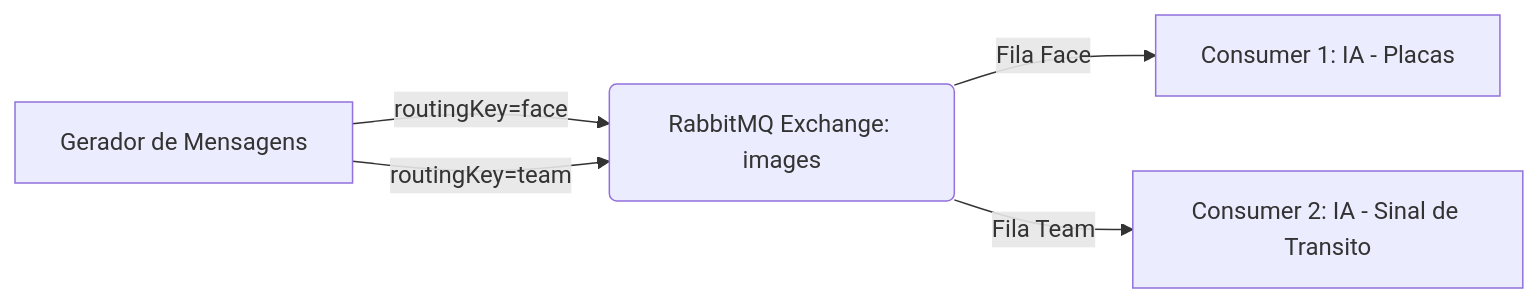
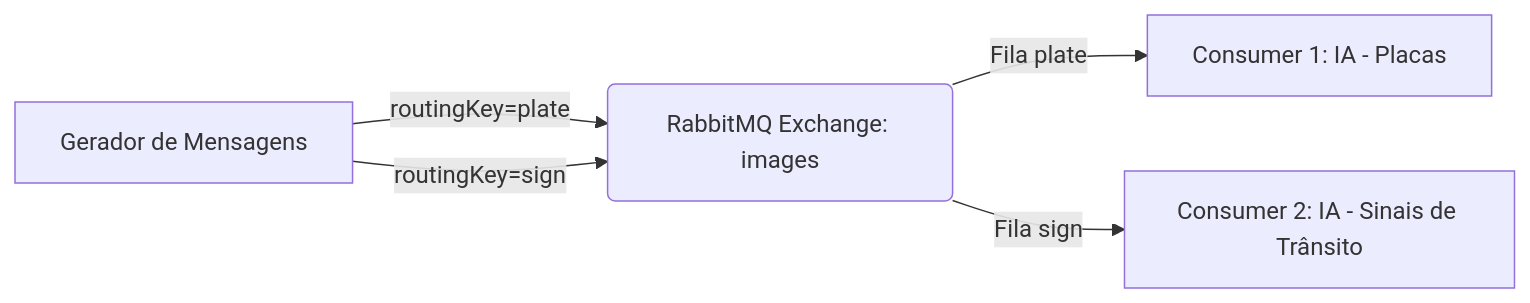
Before and after one commit to Raildom/Trabalho-06---Sistema-de-Carga-com-IA-embutida-nos-Consumidores-Containers-e-RabbitMQ: the diagram in README.md, drawn with Mermaid. The commit also changed other lines of this file, not shown here.

Commit message:
docs: update README to reflect transition from face/team processing to vehicle plate and traffic sign identification

````diff
--- a/README.md
+++ b/README.md
@@ -91,7 +87,7 @@
 ```mermaid
 flowchart LR
-    A[Gerador de Mensagens] -->|routingKey=face| B(RabbitMQ Exchange: images)
-    A -->|routingKey=team| B
-    B -->|Fila Face| C[Consumer 1: IA - Placas]
-    B -->|Fila Team| D[Consumer 2: IA - Sinal de Transito]
+    A[Gerador de Mensagens] -->|routingKey=plate| B(RabbitMQ Exchange: images)
+    A -->|routingKey=sign| B
+    B -->|Fila plate| C[Consumer 1: IA - Placas]
+    B -->|Fila sign| D[Consumer 2: IA - Sinais de Trânsito]
 ```
````
